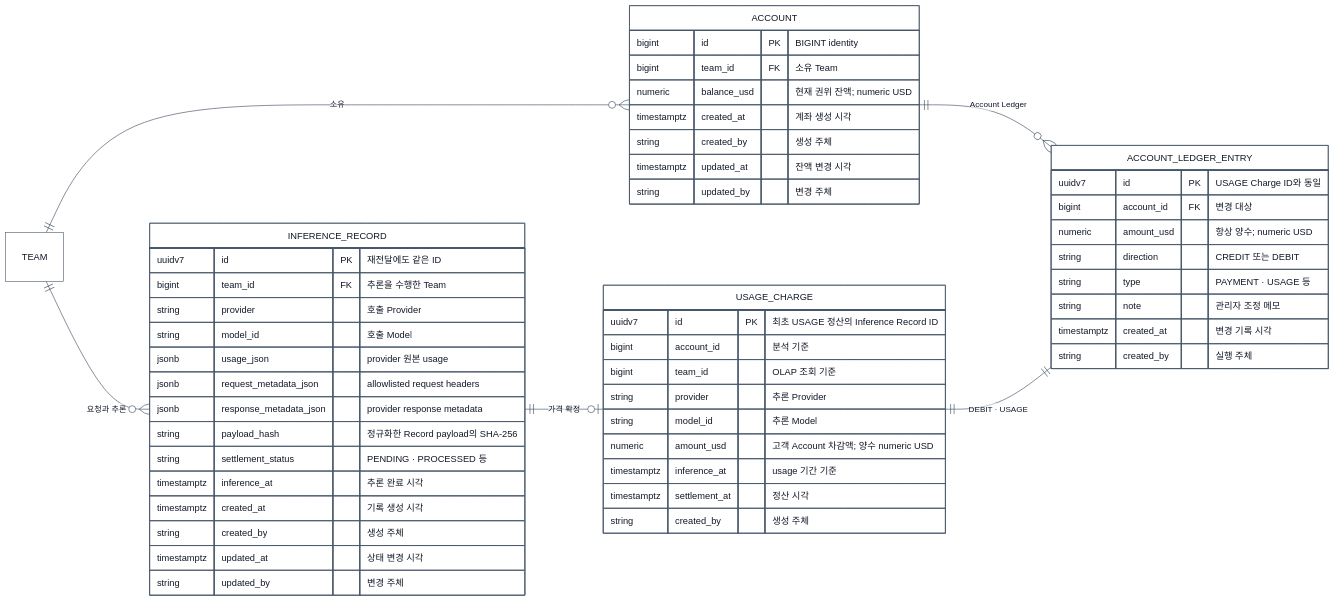
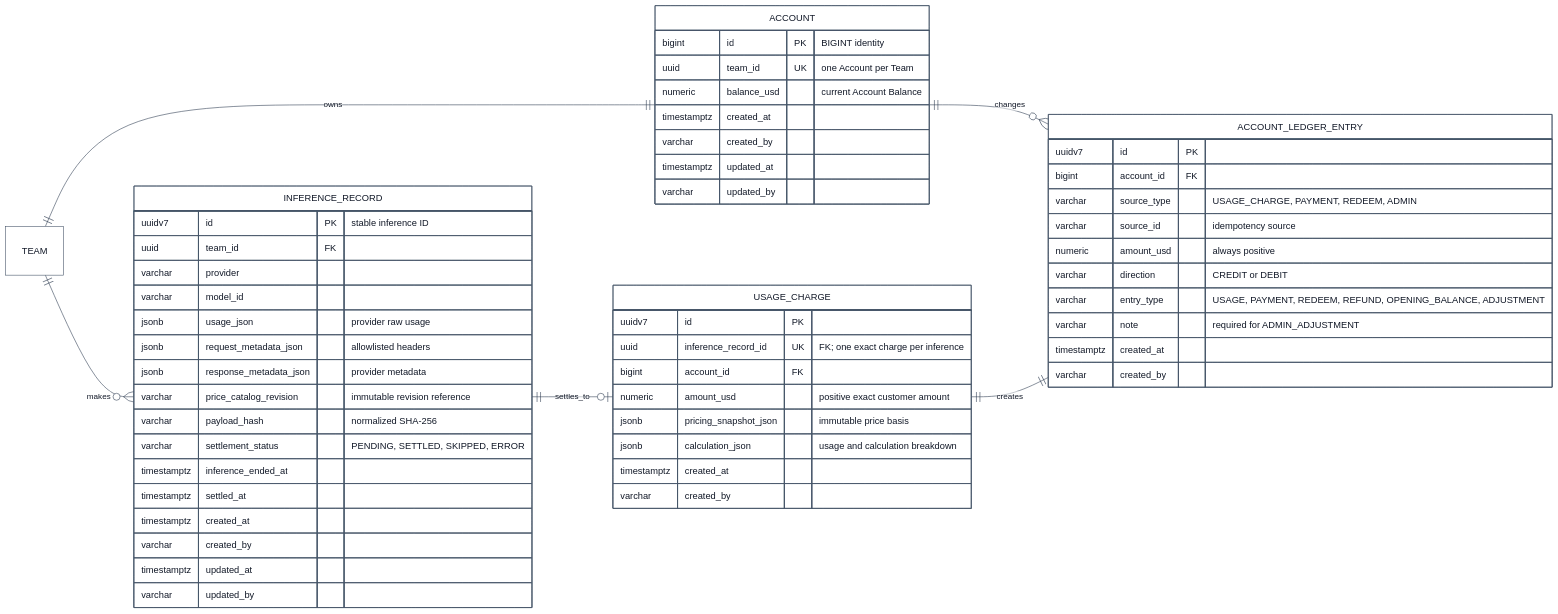
One commit to Hyune-s-lab/my-ai-study changed the second of 2 diagrams in system-design/2608-admission-control/2608-p2-balance-control.md. Above: the diagram before and after it, drawn with Mermaid. The commit also changed other lines of this file and 2 other files, not shown here.

Commit message:
docs: finalize Phase 2 balance control (#30)

````diff
--- a/system-design/2608-admission-control/2608-p2-balance-control.md
+++ b/system-design/2608-admission-control/2608-p2-balance-control.md
@@ -237,69 +112,72 @@
 ```mermaid
 ---
 config:
   theme: base
   darkMode: false
   themeVariables:
     background: "#ffffff"
     primaryColor: "#ffffff"
     primaryTextColor: "#111827"
     primaryBorderColor: "#475569"
     lineColor: "#334155"
     edgeLabelBackground: "#ffffff"
 ---
 erDiagram
   direction LR
 
-  TEAM ||--o{ INFERENCE_RECORD : "요청과 추론"
-  TEAM ||--o{ ACCOUNT : "소유"
-  ACCOUNT ||--o{ ACCOUNT_LEDGER_ENTRY : "Account Ledger"
-  INFERENCE_RECORD ||--o| USAGE_CHARGE : "가격 확정"
-  USAGE_CHARGE ||--|| ACCOUNT_LEDGER_ENTRY : "DEBIT · USAGE"
+  TEAM ||--|| ACCOUNT : owns
+  TEAM ||--o{ INFERENCE_RECORD : makes
+  ACCOUNT ||--o{ ACCOUNT_LEDGER_ENTRY : changes
+  INFERENCE_RECORD ||--o| USAGE_CHARGE : settles_to
+  USAGE_CHARGE ||--|| ACCOUNT_LEDGER_ENTRY : creates
 
-  INFERENCE_RECORD {
-    uuidv7 id PK "재전달에도 같은 ID"
-    bigint team_id FK "추론을 수행한 Team"
-    string provider "호출 Provider"
-    string model_id "호출 Model"
-    jsonb usage_json "provider 원본 usage"
-    jsonb request_metadata_json "allowlisted request headers"
-    jsonb response_metadata_json "provider response metadata"
-    string payload_hash "정규화한 Record payload의 SHA-256"
-    string settlement_status "PENDING · PROCESSED 등"
-    timestamptz inference_at "추론 완료 시각"
-    timestamptz created_at "기록 생성 시각"
-    string created_by "생성 주체"
-    timestamptz updated_at "상태 변경 시각"
-    string updated_by "변경 주체"
-  }
   ACCOUNT {
     bigint id PK "BIGINT identity"
-    bigint team_id FK "소유 Team"
-    numeric balance_usd "현재 권위 잔액; numeric USD"
-    timestamptz created_at "계좌 생성 시각"
-    string created_by "생성 주체"
-    timestamptz updated_at "잔액 변경 시각"
-    string updated_by "변경 주체"
+    uuid team_id UK "one Account per Team"
+    numeric balance_usd "current Account Balance"
+    timestamptz created_at
+    varchar created_by
+    timestamptz updated_at
+    varchar updated_by
+  }
+  INFERENCE_RECORD {
+    uuidv7 id PK "stable inference ID"
+    uuid team_id FK
+    varchar provider
+    varchar model_id
+    jsonb usage_json "provider raw usage"
+    jsonb request_metadata_json "allowlisted headers"
+    jsonb response_metadata_json "provider metadata"
+    varchar price_catalog_revision "immutable revision reference"
+    varchar payload_hash "normalized SHA-256"
+    varchar settlement_status "PENDING, SETTLED, SKIPPED, ERROR"
+    timestamptz inference_ended_at
+    timestamptz settled_at
+    timestamptz created_at
+    varchar created_by
+    timestamptz updated_at
+    varchar updated_by
+  }
+  USAGE_CHARGE {
+    uuidv7 id PK
+    uuid inference_record_id UK "FK; one exact charge per inference"
+    bigint account_id FK
+    numeric amount_usd "positive exact customer amount"
+    jsonb pricing_snapshot_json "immutable price basis"
+    jsonb calculation_json "usage and calculation breakdown"
+    timestamptz created_at
+    varchar created_by
   }
   ACCOUNT_LEDGER_ENTRY {
-    uuidv7 id PK "USAGE Charge ID와 동일"
-    bigint account_id FK "변경 대상"
-    numeric amount_usd "항상 양수; numeric USD"
-    string direction "CREDIT 또는 DEBIT"
-    string type "PAYMENT · USAGE 등"
-    string note "관리자 조정 메모"
-    timestamptz created_at "변경 기록 시각"
-    string created_by "실행 주체"
-  }
-  USAGE_CHARGE {
-    uuidv7 id PK "최초 USAGE 정산의 Inference Record ID"
-    bigint account_id "분석 기준"
-    bigint team_id "OLAP 조회 기준"
-    string provider "추론 Provider"
-    string model_id "추론 Model"
-    numeric amount_usd "고객 Account 차감액; 양수 numeric USD"
-    timestamptz inference_at "usage 기간 기준"
-    timestamptz settlement_at "정산 시각"
-    string created_by "생성 주체"
+    uuidv7 id PK
+    bigint account_id FK
+    varchar source_type "USAGE_CHARGE, PAYMENT, REDEEM, ADMIN"
+    varchar source_id "idempotency source"
+    numeric amount_usd "always positive"
+    varchar direction "CREDIT or DEBIT"
+    varchar entry_type "USAGE, PAYMENT, REDEEM, REFUND, OPENING_BALANCE, ADJUSTMENT"
+    varchar note "required for ADMIN_ADJUSTMENT"
+    timestamptz created_at
+    varchar created_by
   }
 ```
````
